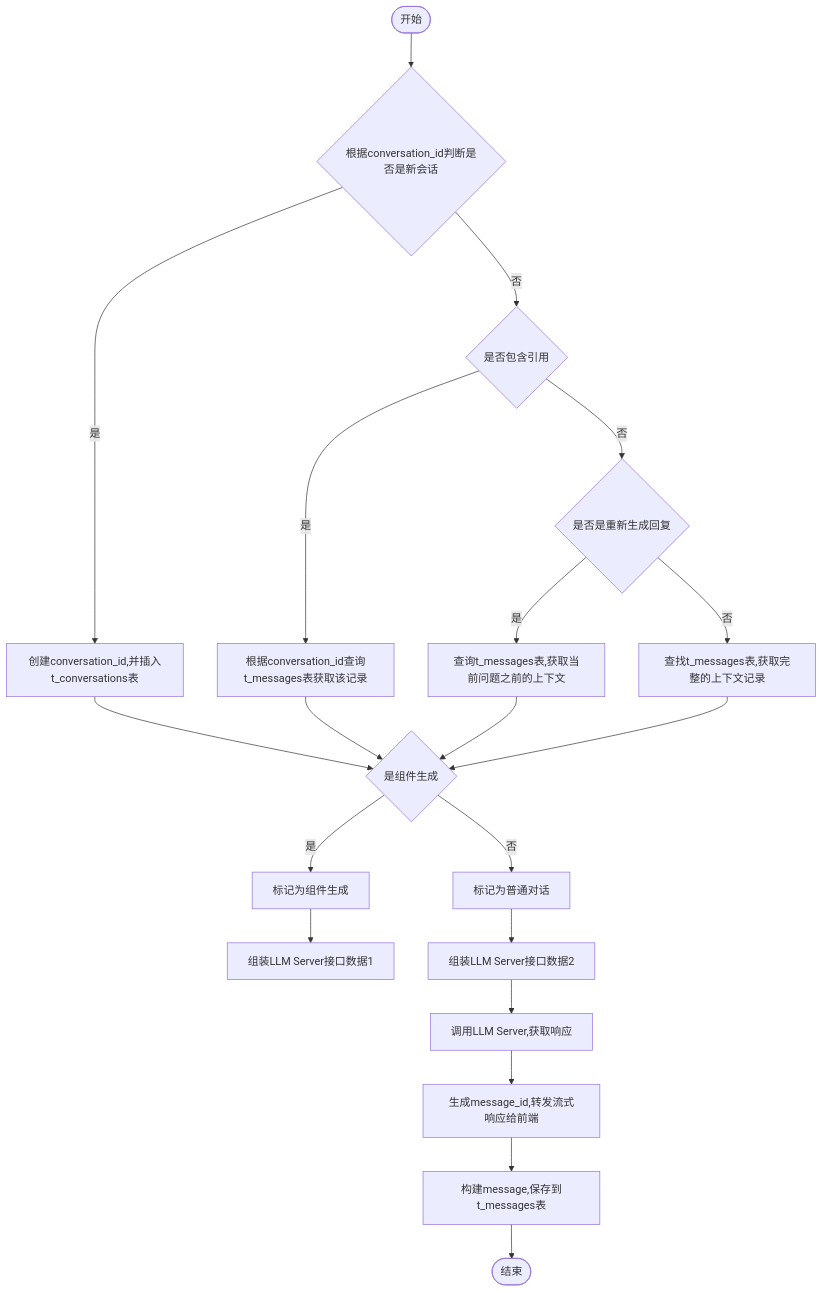
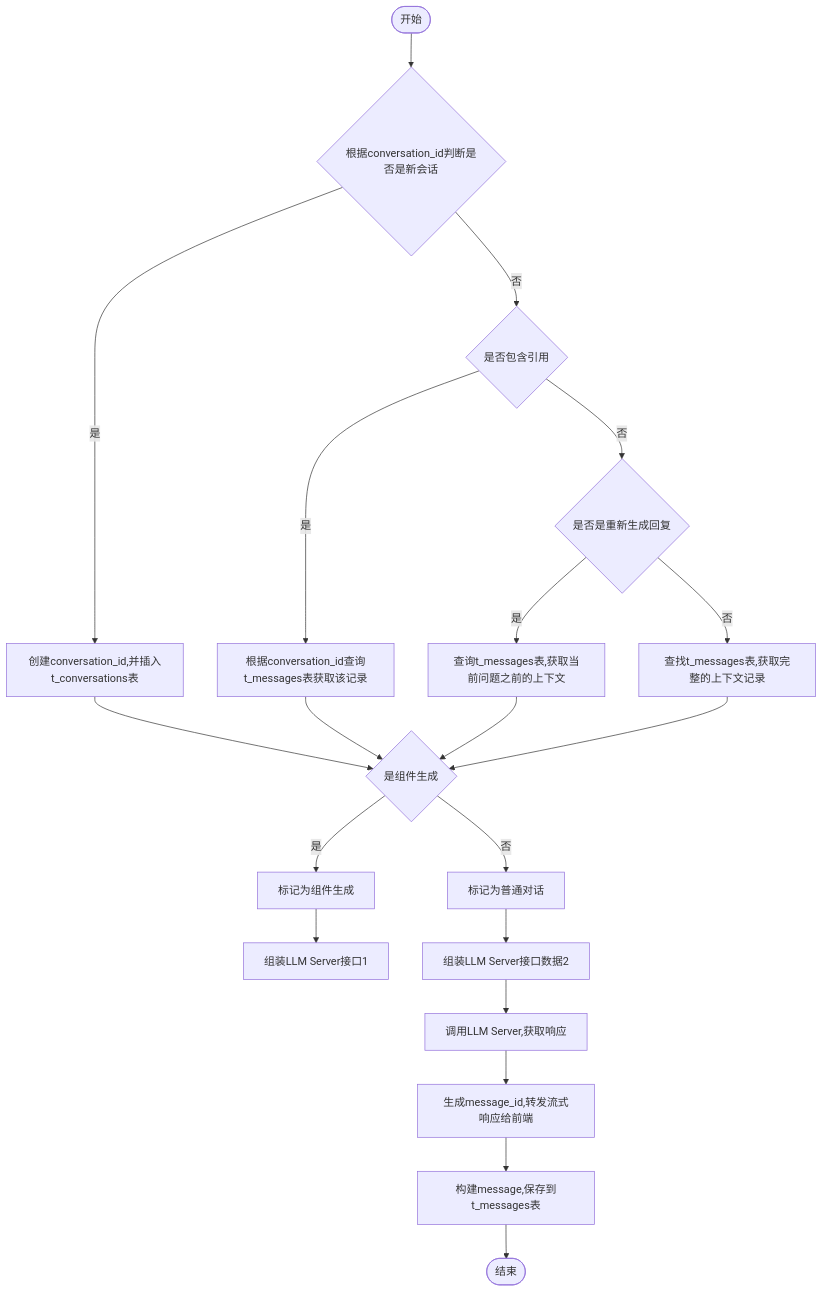
Before and after one commit to yingjianzh/iodraw-files: the diagram in all/未命名-7.md, drawn with Mermaid.

Commit message:
2024-10-12 14:33:43 update

````diff
--- a/all/未命名-7.md
+++ b/all/未命名-7.md
@@ -1,24 +1,25 @@
 ```mermaid
 flowchart TD
     A([开始]) --> B{根据conversation_id判断是否是新会话}
     B -- 是 --> C[创建conversation_id,并插入t_conversations表]
     B -- 否 --> D{是否包含引用}
     D -- 是 --> E[根据conversation_id查询t_messages表获取该记录]
     D -- 否 --> F{是否是重新生成回复}
     F -- 是 --> G[查询t_messages表,获取当前问题之前的上下文]
     F -- 否 --> H[查找t_messages表,获取完整的上下文记录]
      
     C & E & G & H --> I{是组件生成}
     I -- 是 --> J[标记为组件生成]
     I -- 否 --> K[标记为普通对话]
 
-    J --> L[组装LLM Server接口数据1]    
+    J --> L[组装LLM Server接口1]    
     K --> M[组装LLM Server接口数据2]    
     M --> N[调用LLM Server,获取响应]    
     N --> O[生成message_id,转发流式响应给前端]
     O --> P[构建message,保存到t_messages表]
     P --> R([结束])
 
 
 
+
 ```
````
